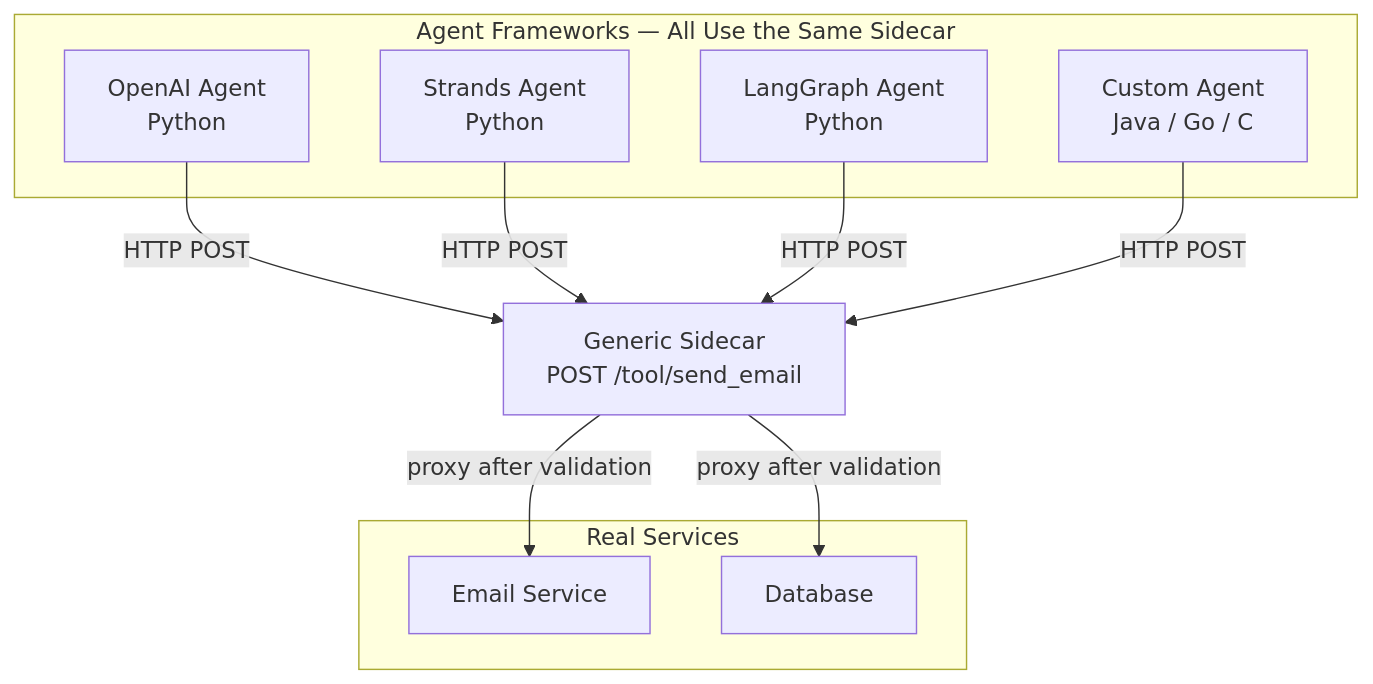
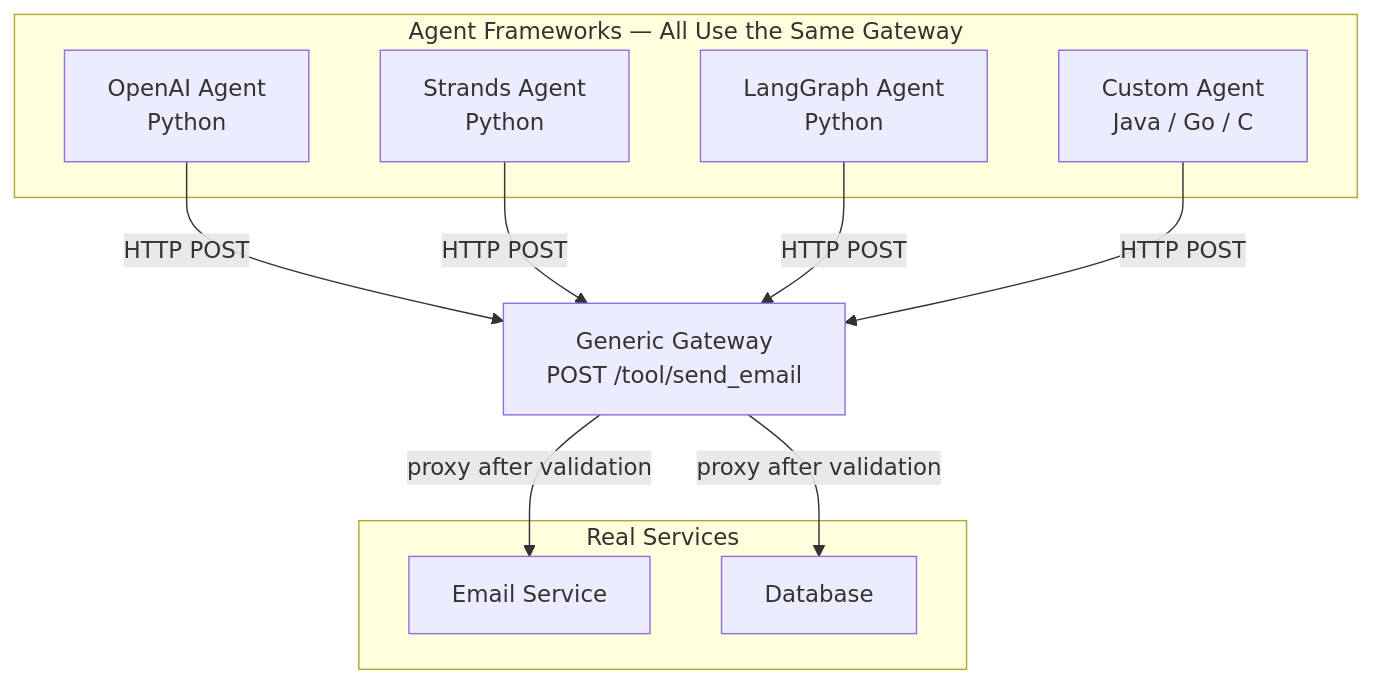
The eighth of 41 diagrams in docs/gateway-architecture.md (hk-775/ostiari), drawn with Mermaid before and after one commit. The commit also changed other lines of this file and 21 other files, not shown here.

````diff
--- a/docs/gateway-architecture.md
+++ b/docs/gateway-architecture.md
@@ -449,24 +671,24 @@
 ```mermaid
 graph TB
-    subgraph "Agent Frameworks — All Use the Same Sidecar"
+    subgraph "Agent Frameworks — All Use the Same Gateway"
         OA[OpenAI Agent<br/>Python]
         SA[Strands Agent<br/>Python]
         LG[LangGraph Agent<br/>Python]
         JA[Custom Agent<br/>Java / Go / C]
     end
 
-    SC[Generic Sidecar<br/>POST /tool/send_email]
+    SC[Generic Gateway<br/>POST /tool/send_email]
 
     OA -->|HTTP POST| SC
     SA -->|HTTP POST| SC
     LG -->|HTTP POST| SC
     JA -->|HTTP POST| SC
 
     subgraph "Real Services"
         E[Email Service]
         DB[Database]
     end
 
     SC -->|proxy after validation| E
     SC -->|proxy after validation| DB
 ```
````
